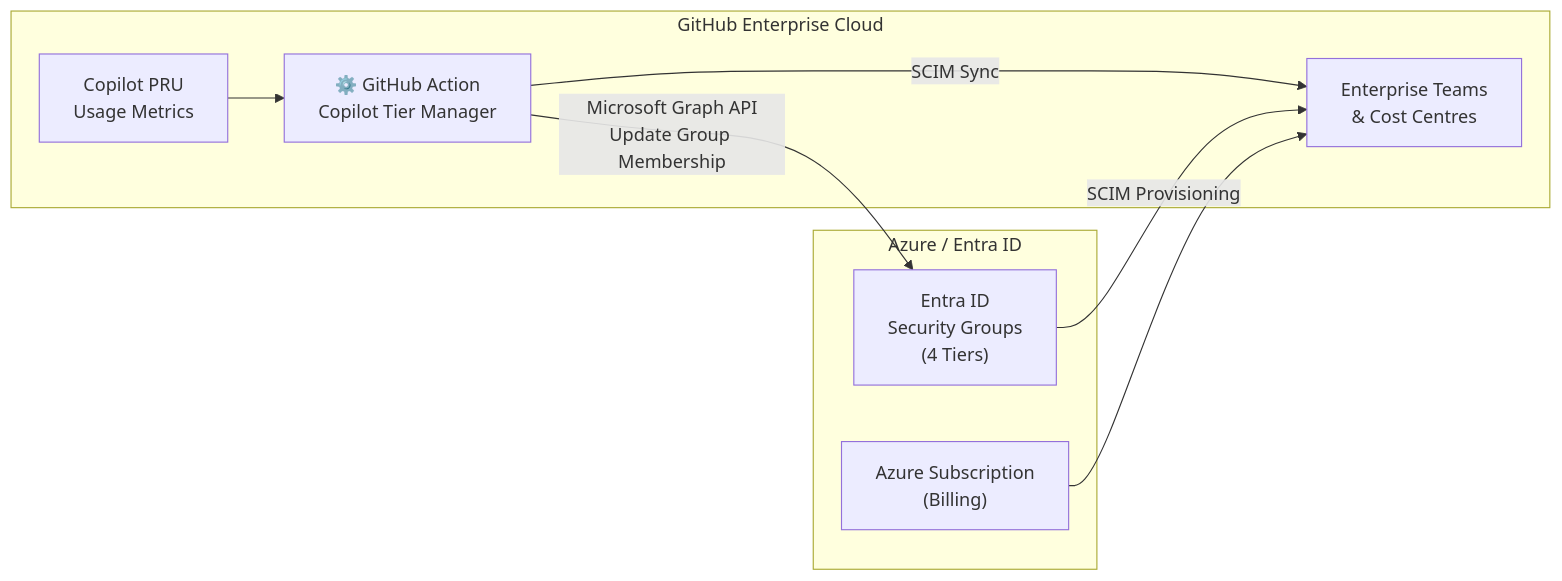
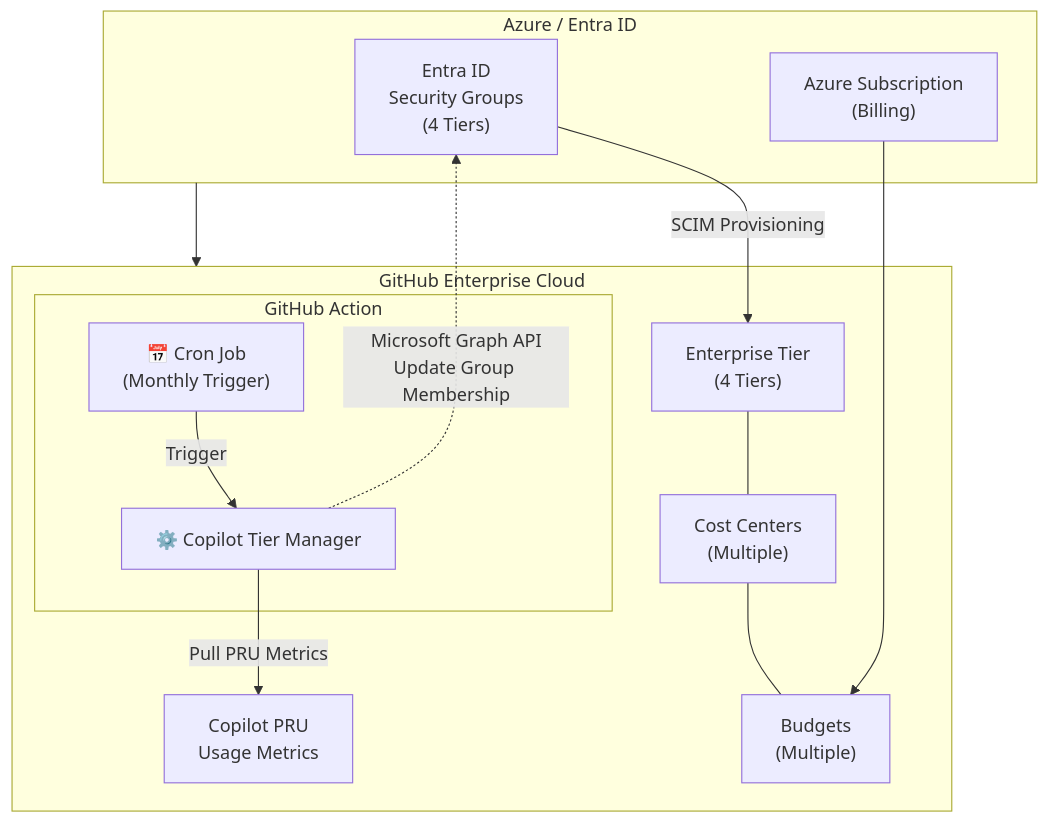
One commit to ewega/copilot-tier-manager changed the second of 2 diagrams in README.md. Above: the diagram before and after it, drawn with Mermaid.

Commit message:
Update architecture diagram layout
- Azure/Entra ID on top (vertical flow)
- Separate Teams, Cost Centres, Budgets as constraint chain
- Re-shuffle label on Action to Teams arrow

````diff
--- a/README.md
+++ b/README.md
@@ -37,19 +37,29 @@
 ```mermaid
-flowchart LR
-    subgraph GitHub["GitHub Enterprise Cloud"]
-        U["Copilot PRU<br>Usage Metrics"]
-        A["⚙️ GitHub Action<br>Copilot Tier Manager"]
-        T["Enterprise Teams<br>& Cost Centres"]
-        U --> A
-        A -->|"SCIM Sync"| T
-    end
-
+flowchart TB
     subgraph Azure["Azure / Entra ID"]
         G["Entra ID<br>Security Groups<br>(4 Tiers)"]
         S["Azure Subscription<br>(Billing)"]
     end
 
-    A -->|"Microsoft Graph API<br>Update Group Membership"| G
+    subgraph GitHub["GitHub Enterprise Cloud"]
+        subgraph Action["GitHub Action"]
+            C["📅 Cron Job<br>(Monthly Trigger)"]
+            A["⚙️ Copilot Tier Manager"]
+            C -->|"Trigger"| A
+        end
+
+        U["Copilot PRU<br>Usage Metrics"]
+        T["Enterprise Tier<br>(4 Tiers)"]
+        CC["Cost Centers<br>(Multiple)"]
+        B["Budgets<br>(Multiple)"]
+
+        A -->|"Pull PRU Metrics"| U
+        T --- CC
+        CC --- B
+    end
+
+    Azure --> GitHub
     G -->|"SCIM Provisioning"| T
-    S --> T
+    S --> B
+    A -.->|"Microsoft Graph API<br>Update Group Membership"| G
 ```
````
